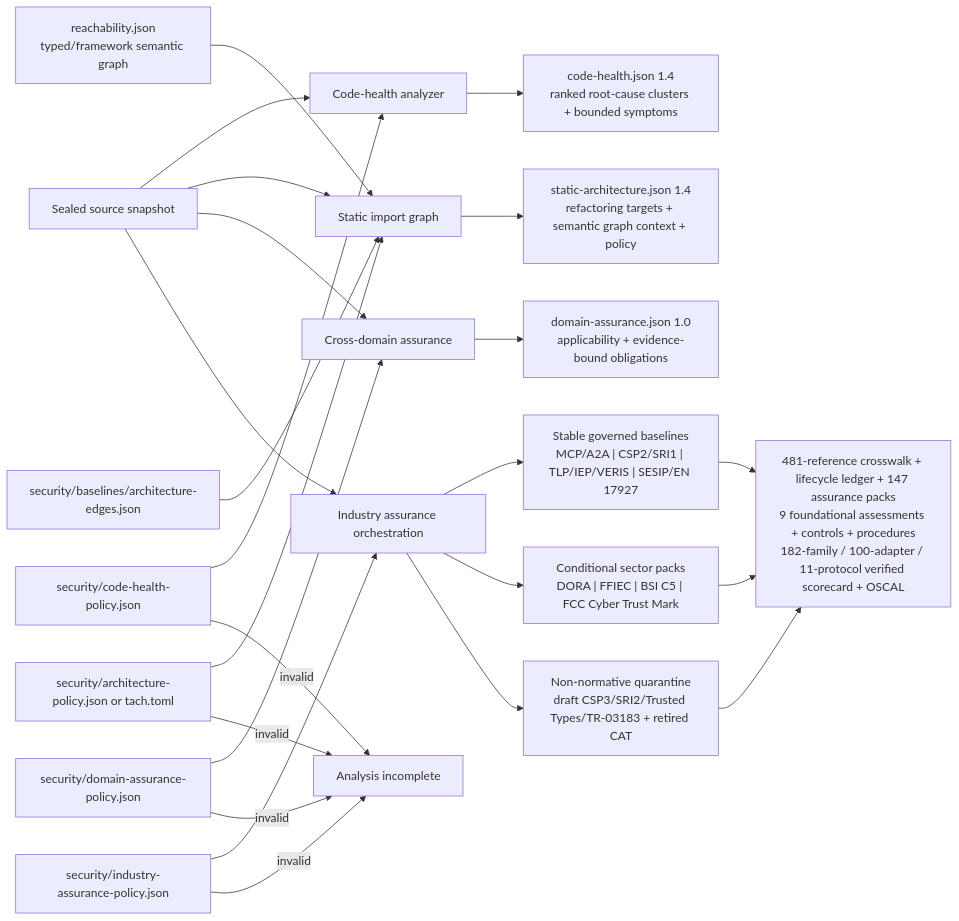
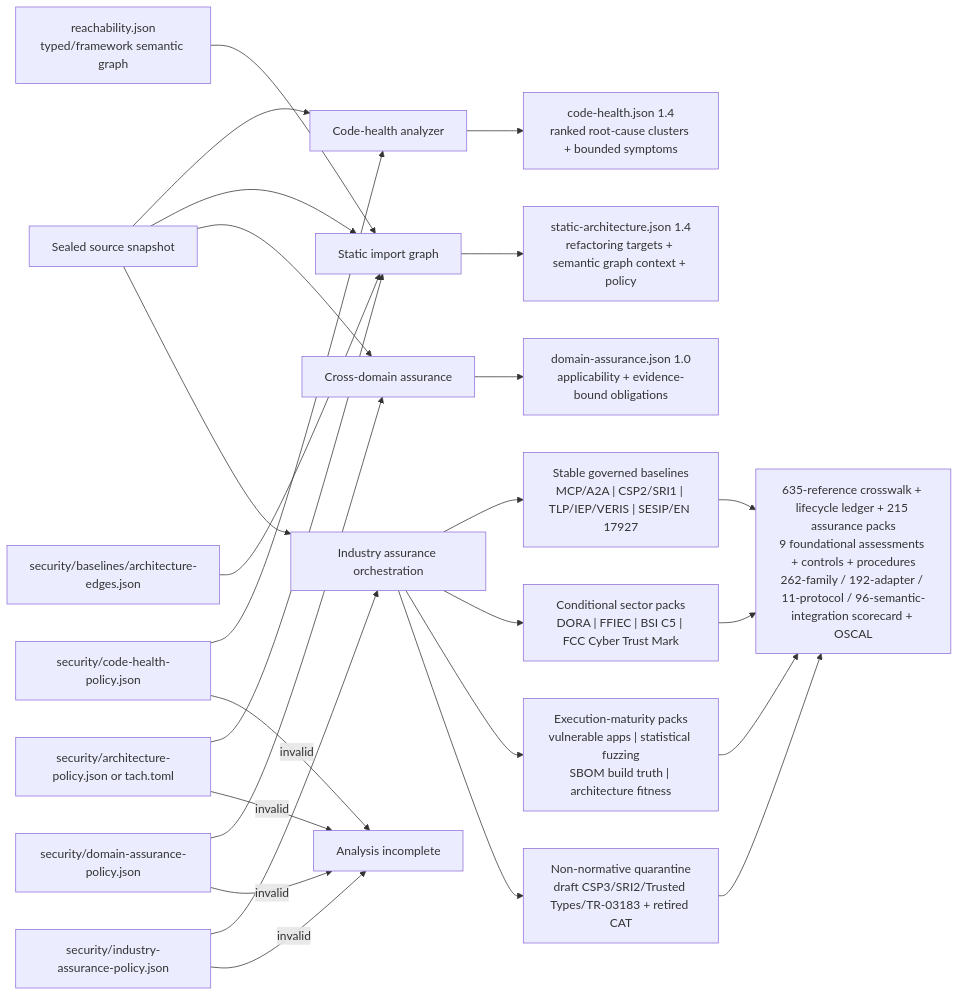
One commit to willtran87/project-py-security-suite changed the third of 3 diagrams in docs/configuration.md. Above: the diagram before and after it, drawn with Mermaid. The commit also changed other lines of this file and 68 other files, not shown here.

First line of the commit message:
Harden security assurance and industry benchmarks (#22)

````diff
--- a/docs/configuration.md
+++ b/docs/configuration.md
@@ -132,26 +132,28 @@
 ```mermaid
 flowchart LR
     Snapshot["Sealed source snapshot"] --> Health["Code-health analyzer"]
     HealthPolicy["security/code-health-policy.json"] --> Health
     Snapshot --> Graph["Static import graph"]
     Reachability["reachability.json<br/>typed/framework semantic graph"] --> Graph
     ArchitecturePolicy["security/architecture-policy.json or tach.toml"] --> Graph
     EdgeBaseline["security/baselines/architecture-edges.json"] --> Graph
     Snapshot --> Domains["Cross-domain assurance"]
     DomainPolicy["security/domain-assurance-policy.json"] --> Domains
     Snapshot --> Industry["Industry assurance orchestration"]
     IndustryPolicy["security/industry-assurance-policy.json"] --> Industry
     Health --> HealthArtifact["code-health.json 1.4<br/>ranked root-cause clusters + bounded symptoms"]
     Graph --> ArchitectureArtifact["static-architecture.json 1.4<br/>refactoring targets + semantic graph context + policy"]
     Domains --> DomainArtifact["domain-assurance.json 1.0<br/>applicability + evidence-bound obligations"]
     Industry --> Stable["Stable governed baselines<br/>MCP/A2A | CSP2/SRI1 | TLP/IEP/VERIS | SESIP/EN 17927"]
     Industry --> Sector["Conditional sector packs<br/>DORA | FFIEC | BSI C5 | FCC Cyber Trust Mark"]
+    Industry --> Validation["Execution-maturity packs<br/>vulnerable apps | statistical fuzzing<br/>SBOM build truth | architecture fitness"]
     Industry --> Watch["Non-normative quarantine<br/>draft CSP3/SRI2/Trusted Types/TR-03183 + retired CAT"]
-    Stable --> IndustryArtifacts["481-reference crosswalk + lifecycle ledger + 147 assurance packs<br/>9 foundational assessments + controls + procedures<br/>182-family / 100-adapter / 11-protocol verified scorecard + OSCAL"]
+    Stable --> IndustryArtifacts["635-reference crosswalk + lifecycle ledger + 215 assurance packs<br/>9 foundational assessments + controls + procedures<br/>262-family / 192-adapter / 11-protocol / 96-semantic-integration scorecard + OSCAL"]
     Sector --> IndustryArtifacts
+    Validation --> IndustryArtifacts
     Watch --> IndustryArtifacts
     HealthPolicy -->|"invalid"| Incomplete["Analysis incomplete"]
     ArchitecturePolicy -->|"invalid"| Incomplete
     DomainPolicy -->|"invalid"| Incomplete
     IndustryPolicy -->|"invalid"| Incomplete
 ```
````
